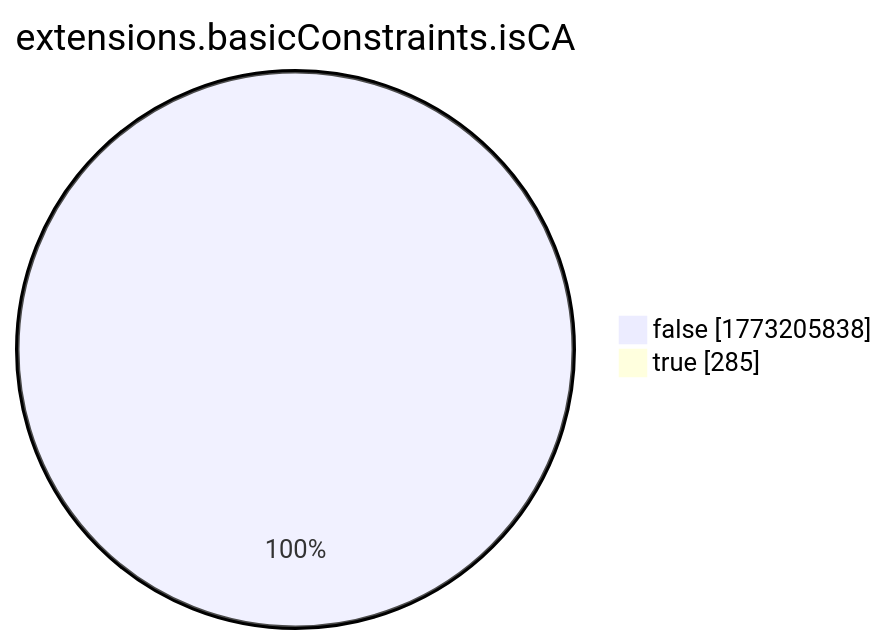
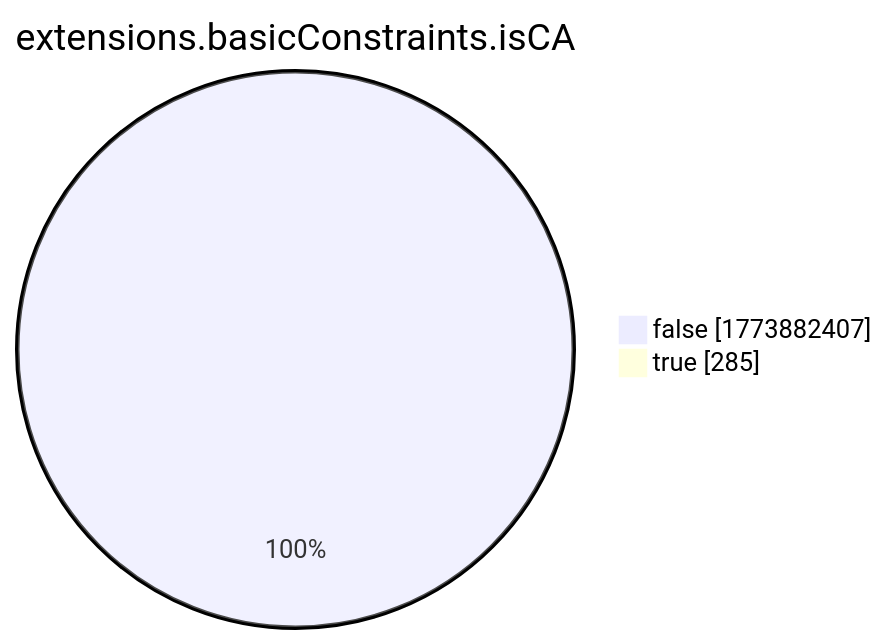
The eighth of 15 diagrams in xenon2022/README.md (christiankrug/ctmonitor_visualization), drawn with Mermaid before and after one commit. The commit also changed other lines of this file, not shown here.

````diff
--- a/xenon2022/README.md
+++ b/xenon2022/README.md
@@ -2868,6 +2868,6 @@
 ```mermaid
 pie showData
 title extensions.basicConstraints.isCA
-"false" :1773205838
+"false" :1773882407
 "true" :285
 ```
````
